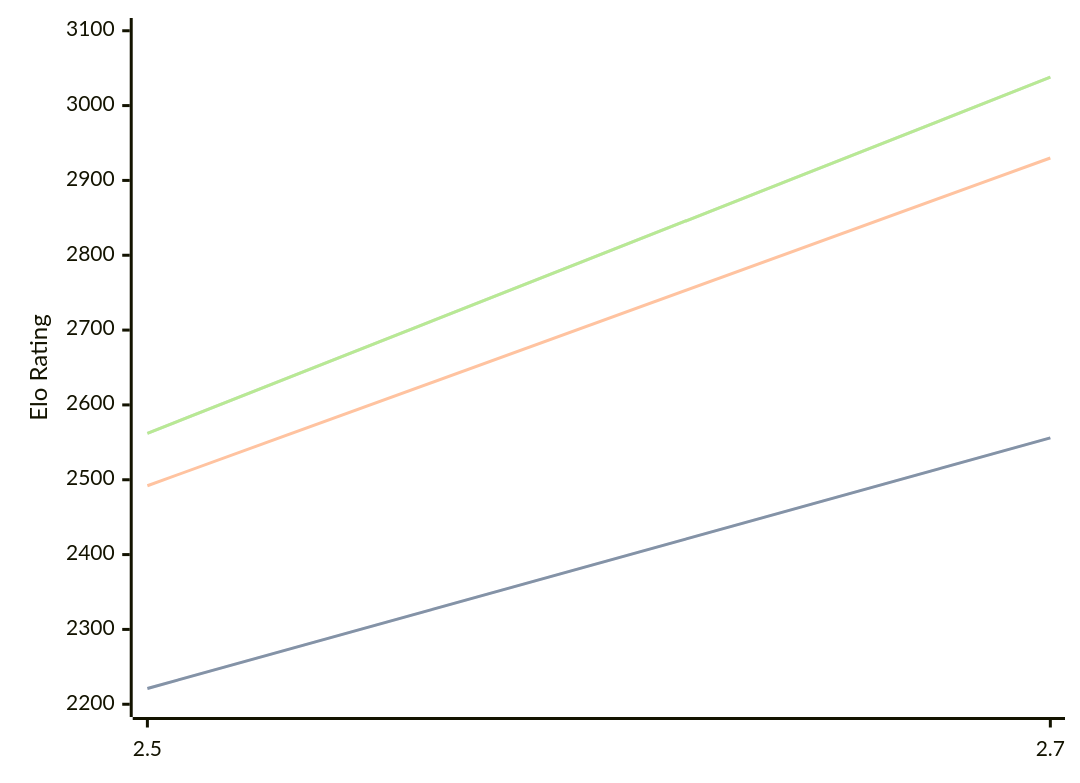
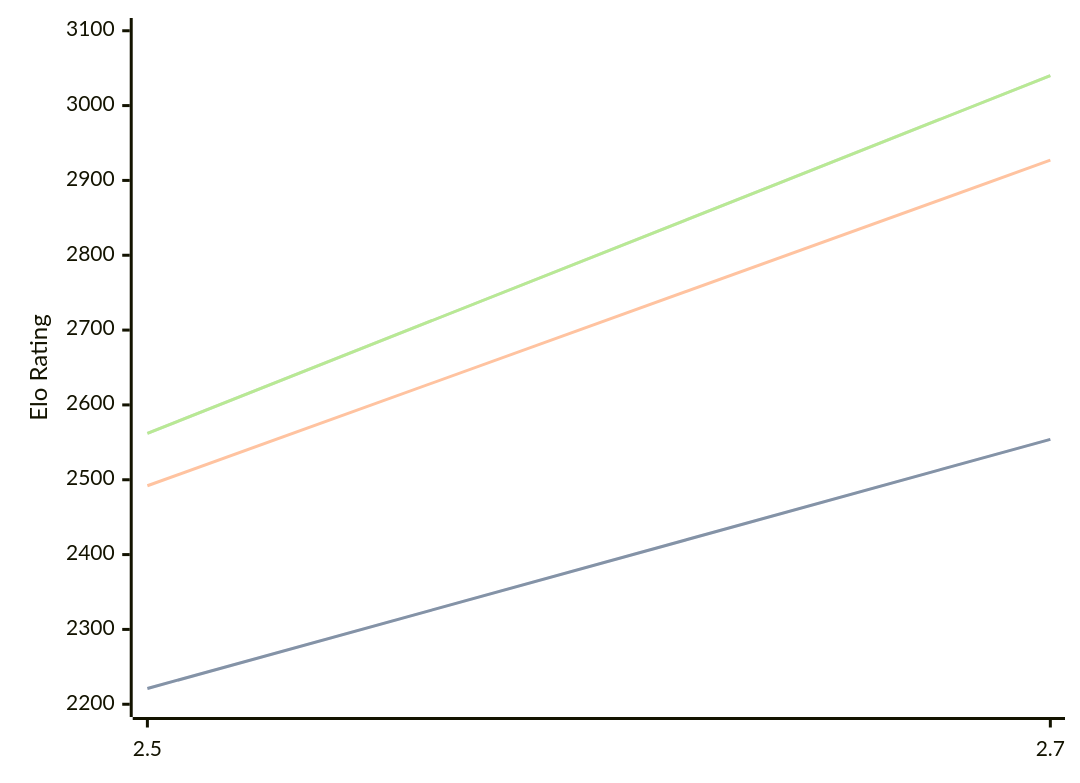
One commit to computer-chess-index/cci changed the diagram in engines/Zevra.md. Above: the diagram before and after it, drawn with Mermaid. The commit also changed other lines of this file, not shown here.

Commit message:
Update CCI Ratings (ELO VLTC) - 2026-09-04

````diff
--- a/engines/Zevra.md
+++ b/engines/Zevra.md
@@ -32,11 +32,11 @@
 ```mermaid
 %%{init: {"theme":"base","themeVariables":{"seriesColors:['#a3a3a3','#222221','#faa371']}}}%%
 xychart-beta
   x-axis ["2.5", "2.7"]
   y-axis "Elo Rating" 2200 --> 3100
-  line "" [2221, 2556]
-  line "STC (8.0+0.08s)" [2221, 2556]
-  line "LTC (60.0+0.60s)" [2492, 2930]
-  line "" [2562, 3038]
-  line "VLTC (2m24s+1.12s)" [2562, 3038]
+  line "" [2221, 2554]
+  line "STC (8.0+0.08s)" [2221, 2554]
+  line "LTC (60.0+0.60s)" [2492, 2927]
+  line "" [2562, 3040]
+  line "VLTC (2m24s+1.12s)" [2562, 3040]
 ```
````
